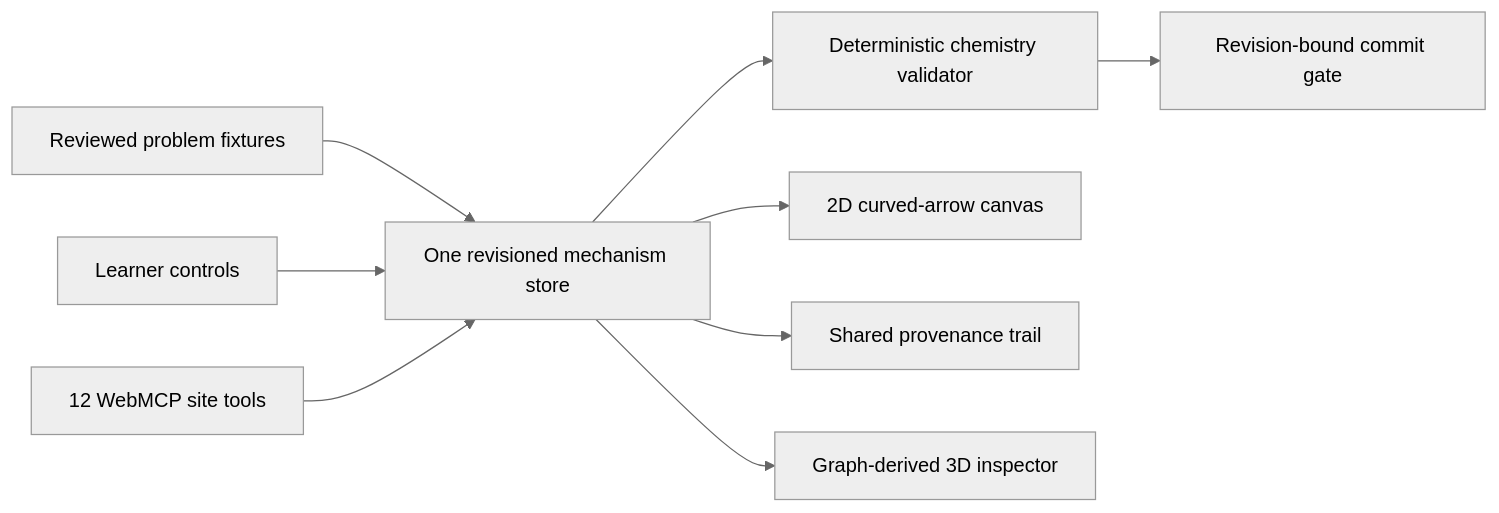
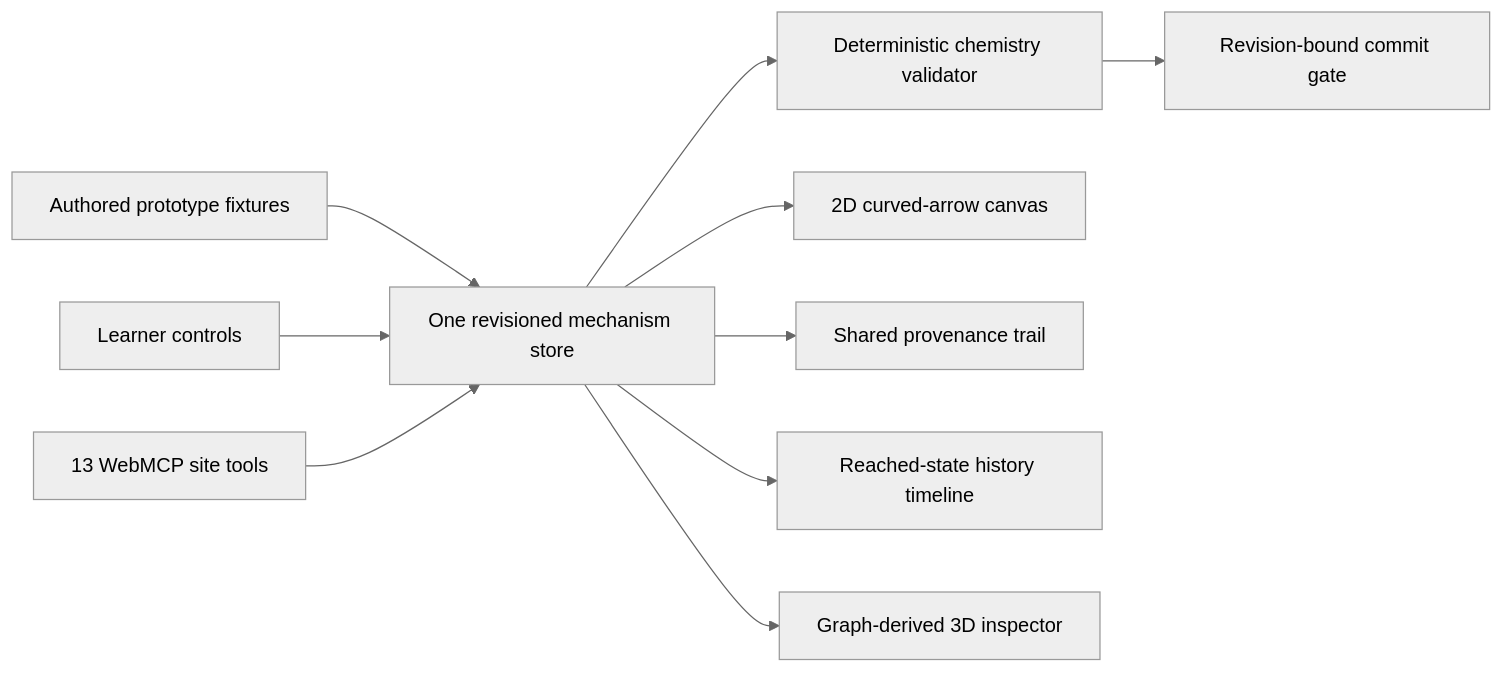
One commit to mihirduvedi/mechanism-canvas changed the diagram in README.md. Above: the diagram before and after it, drawn with Mermaid (neutral theme). The commit also changed other lines of this file and 38 other files, not shown here.

````diff
--- a/README.md
+++ b/README.md
@@ -13,11 +13,12 @@
 ```mermaid
 flowchart LR
-  P["Reviewed problem fixtures"] --> S["One revisioned mechanism store"]
+  P["Authored prototype fixtures"] --> S["One revisioned mechanism store"]
   H["Learner controls"] --> S
-  A["12 WebMCP site tools"] --> S
+  A["13 WebMCP site tools"] --> S
   S --> V["Deterministic chemistry validator"]
   S --> C["2D curved-arrow canvas"]
   S --> T["Shared provenance trail"]
+  S --> R["Reached-state history timeline"]
   S --> M["Graph-derived 3D inspector"]
   V --> G["Revision-bound commit gate"]
 ```
````
